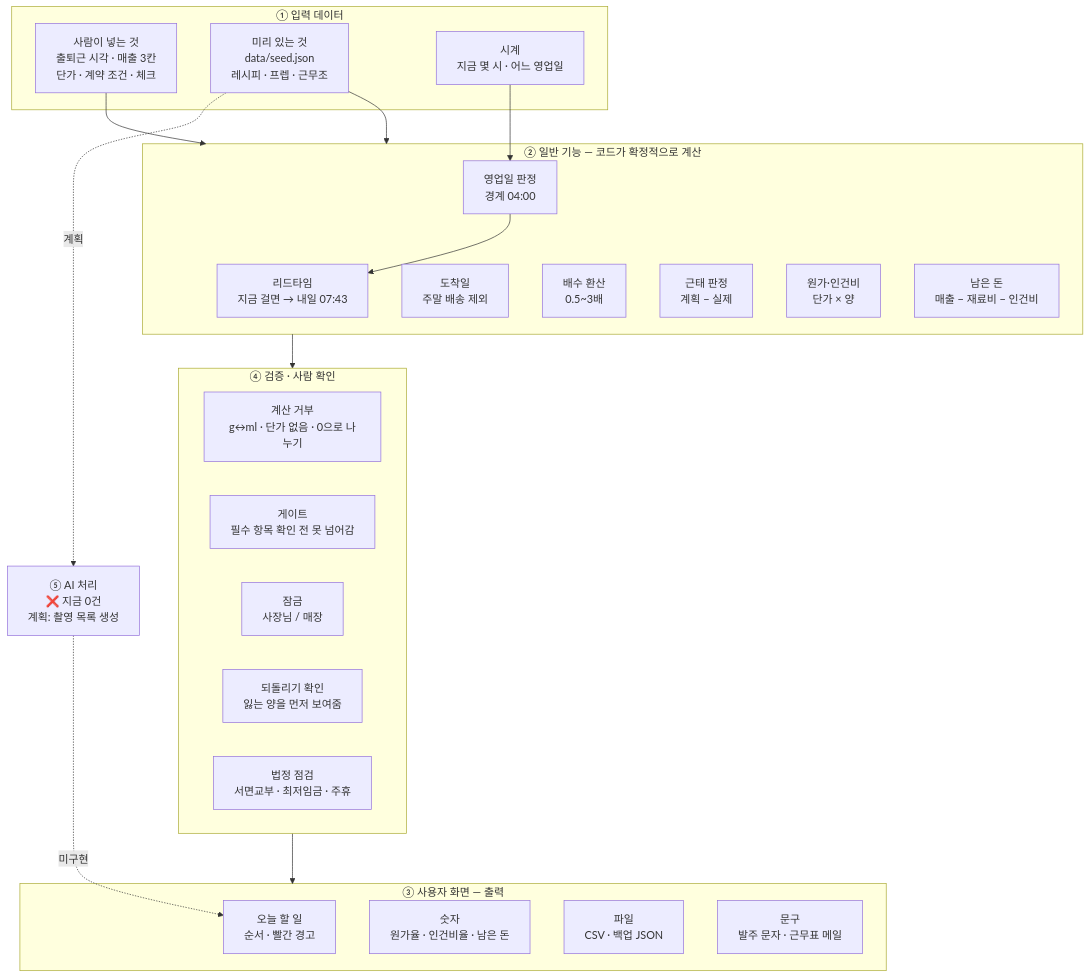
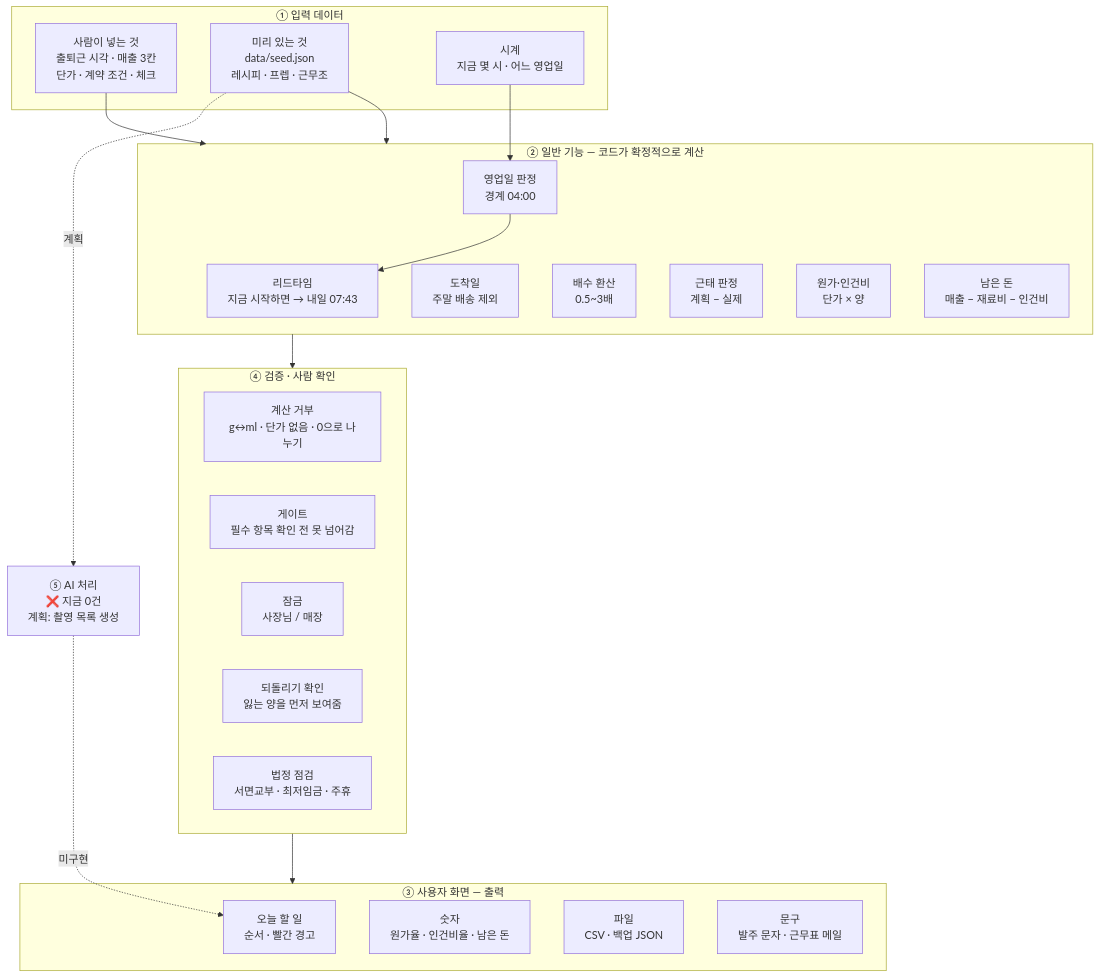
Before and after one commit to JJ0829/store-note: the diagram in docs/deliverables/20_기능흐름도.md, drawn with Mermaid. The commit also changed other lines of this file and 31 other files, not shown here.

````diff
--- a/docs/deliverables/20_기능흐름도.md
+++ b/docs/deliverables/20_기능흐름도.md
@@ -235,44 +235,44 @@
 ```mermaid
 flowchart TB
   subgraph IN["① 입력 데이터"]
     I1["사람이 넣는 것<br/>출퇴근 시각 · 매출 3칸<br/>단가 · 계약 조건 · 체크"]
     I2["미리 있는 것<br/>data/seed.json<br/>레시피 · 프렙 · 근무조"]
     I3["시계<br/>지금 몇 시 · 어느 영업일"]
   end
 
   subgraph CALC["② 일반 기능 — 코드가 확정적으로 계산"]
-    C1["리드타임<br/>지금 걸면 → 내일 07:43"]
+    C1["리드타임<br/>지금 시작하면 → 내일 07:43"]
     C2["도착일<br/>주말 배송 제외"]
     C3["배수 환산<br/>0.5~3배"]
     C4["근태 판정<br/>계획 − 실제"]
     C5["원가·인건비<br/>단가 × 양"]
     C6["남은 돈<br/>매출 − 재료비 − 인건비"]
     C7["영업일 판정<br/>경계 04:00"]
   end
 
   subgraph GUARD["④ 검증 · 사람 확인"]
     G1["계산 거부<br/>g↔ml · 단가 없음 · 0으로 나누기"]
     G2["게이트<br/>필수 항목 확인 전 못 넘어감"]
     G3["잠금<br/>사장님 / 매장"]
     G4["되돌리기 확인<br/>잃는 양을 먼저 보여줌"]
     G5["법정 점검<br/>서면교부 · 최저임금 · 주휴"]
   end
 
   subgraph OUT["③ 사용자 화면 — 출력"]
     O1["오늘 할 일<br/>순서 · 빨간 경고"]
     O2["숫자<br/>원가율 · 인건비율 · 남은 돈"]
     O3["파일<br/>CSV · 백업 JSON"]
     O4["문구<br/>발주 문자 · 근무표 메일"]
   end
 
   AI["⑤ AI 처리<br/>❌ 지금 0건<br/>계획: 촬영 목록 생성"]
 
   I1 --> CALC
   I2 --> CALC
   I3 --> C7
   C7 --> C1
   CALC --> GUARD
   GUARD --> OUT
   I2 -.->|"계획"| AI
   AI -.->|"미구현"| O1
 ```
````
